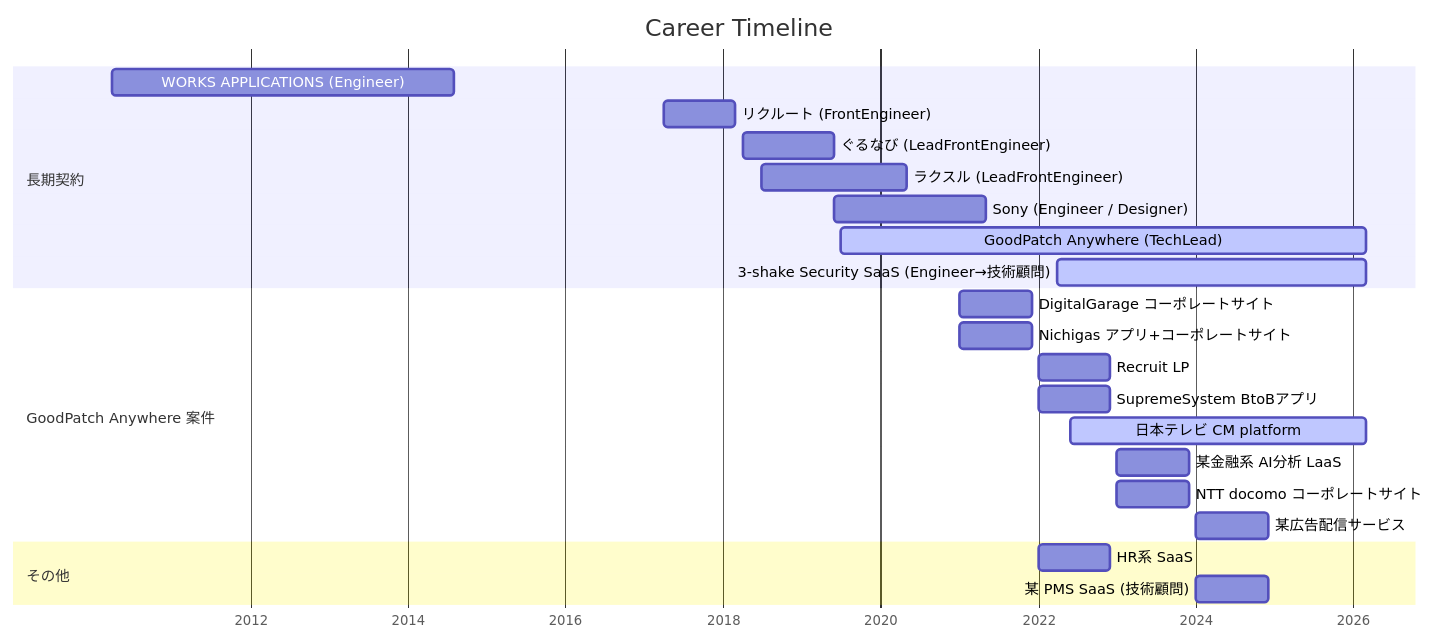
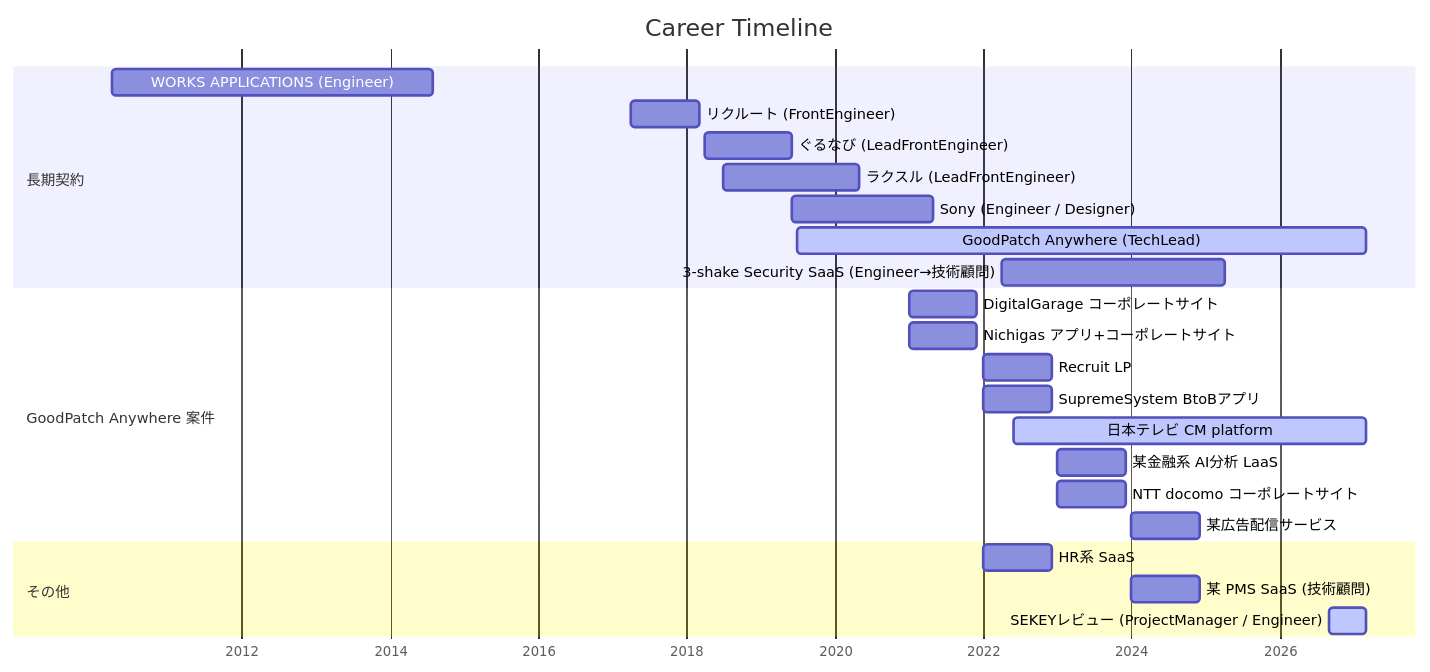
Before and after one commit to KdavisO/KdavisO: the diagram in README.md, drawn with Mermaid. The commit also changed other lines of this file, not shown here.

Commit message:
docs: 経歴を更新（SEKEYレビュー追加、Security診断SaaS終了）

````diff
--- a/README.md
+++ b/README.md
@@ -52,29 +52,30 @@
 ```mermaid
 gantt
     title Career Timeline
     dateFormat  YYYY-MM
     axisFormat  %Y
 
     section 長期契約
     WORKS APPLICATIONS (Engineer)             :2010-04, 2014-08
     リクルート (FrontEngineer)                  :2017-04, 2018-03
     ぐるなび (LeadFrontEngineer)               :2018-04, 2019-06
     ラクスル (LeadFrontEngineer)               :2018-07, 2020-05
     Sony (Engineer / Designer)                :2019-06, 2021-05
-    GoodPatch Anywhere (TechLead)             :active, 2019-07, 2026-03
-    3-shake Security SaaS (Engineer→技術顧問)  :active, 2022-04, 2026-03
+    GoodPatch Anywhere (TechLead)             :active, 2019-07, 2027-03
+    3-shake Security SaaS (Engineer→技術顧問)  :2022-04, 2025-04
 
     section GoodPatch Anywhere 案件
     DigitalGarage コーポレートサイト             :2021-01, 2021-12
     Nichigas アプリ+コーポレートサイト            :2021-01, 2021-12
     Recruit LP                                :2022-01, 2022-12
     SupremeSystem BtoBアプリ                   :2022-01, 2022-12
-    日本テレビ CM platform                     :active, 2022-06, 2026-03
+    日本テレビ CM platform                     :active, 2022-06, 2027-03
     某金融系 AI分析 LaaS                       :2023-01, 2023-12
     NTT docomo コーポレートサイト               :2023-01, 2023-12
     某広告配信サービス                          :2024-01, 2024-12
 
     section その他
     HR系 SaaS                                 :2022-01, 2022-12
     某 PMS SaaS (技術顧問)                     :2024-01, 2024-12
+    SEKEYレビュー (ProjectManager / Engineer)  :active, 2026-09, 2027-03
 ```
````
